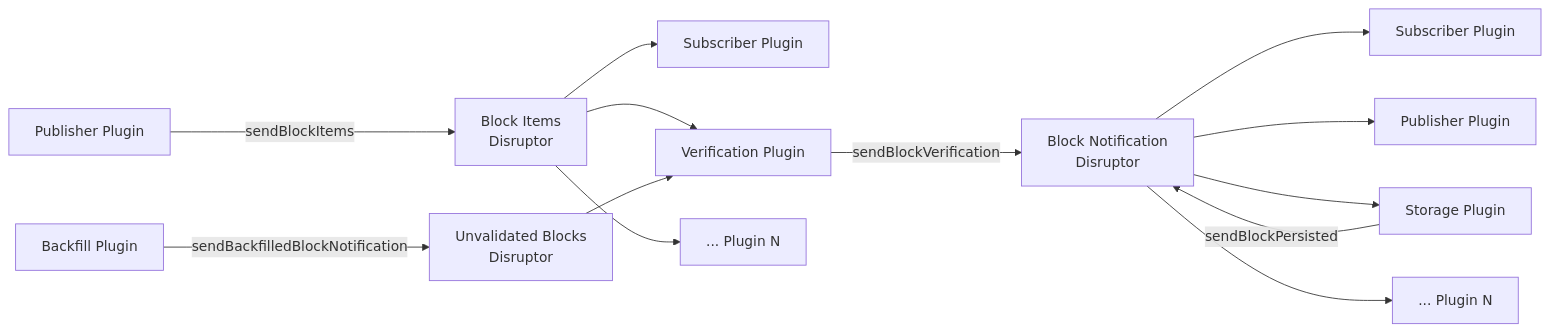
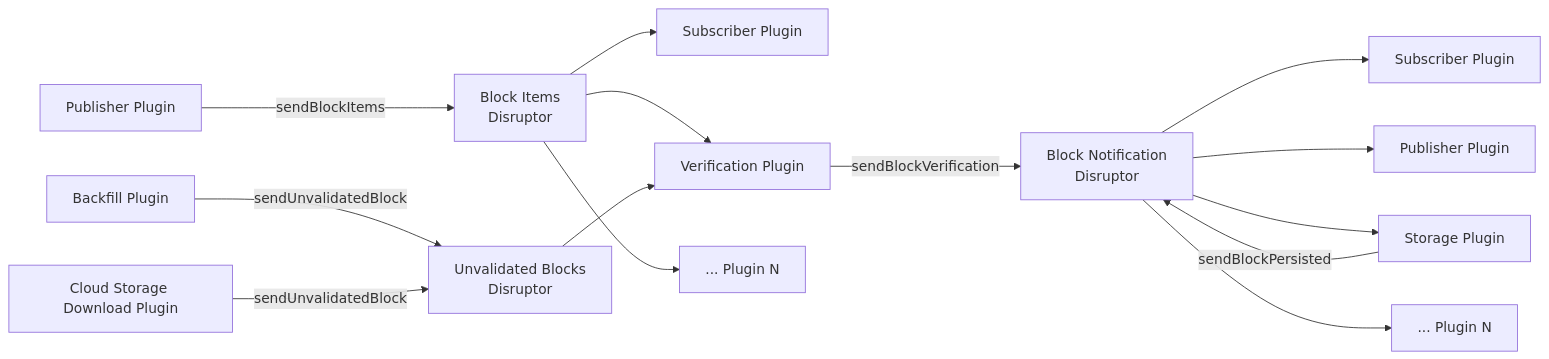
Before and after one commit to hiero-ledger/hiero-block-node: the third of 4 diagrams in docs/design/architecture/current-plugin-architecture.md, drawn with Mermaid. The commit also changed other lines of this file and 26 other files, not shown here.

Commit message:
4122 Rename the backfilled block notification to a source agnostic unvalidated block notification

````diff
--- a/docs/design/architecture/current-plugin-architecture.md
+++ b/docs/design/architecture/current-plugin-architecture.md
@@ -410,17 +410,18 @@
 ```mermaid
 flowchart LR
     PUB[Publisher Plugin] -->|sendBlockItems| BI[Block Items\nDisruptor]
     BI --> SUB[Subscriber Plugin]
     BI --> VER[Verification Plugin]
     BI --> N1[... Plugin N]
 
-    BF[Backfill Plugin] -->|sendBackfilledBlockNotification| UB[Unvalidated Blocks\nDisruptor]
+    BF[Backfill Plugin] -->|sendUnvalidatedBlock| UB[Unvalidated Blocks\nDisruptor]
+    CSD[Cloud Storage Download Plugin] -->|sendUnvalidatedBlock| UB
     UB --> VER
 
     VER -->|sendBlockVerification| BN[Block Notification\nDisruptor]
     STOR[Storage Plugin] -->|sendBlockPersisted| BN
     BN --> SUB2[Subscriber Plugin]
     BN --> PUB2[Publisher Plugin]
     BN --> STOR[Storage Plugin]
     BN --> N2[... Plugin N]
 ```
````
